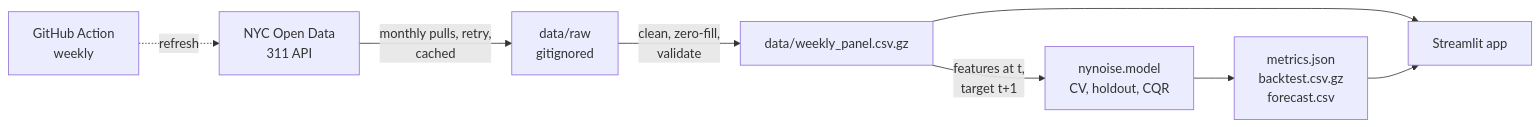
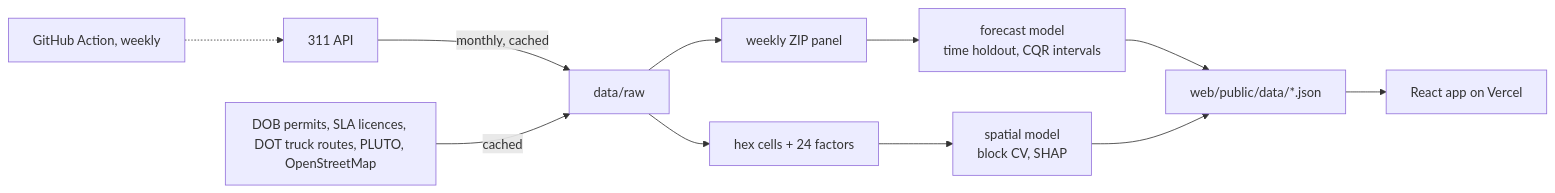
One commit to OrenSegal/ny-noise changed the diagram in Readme.md. Above: the diagram before and after it, drawn with Mermaid. The commit also changed other lines of this file and 55 other files, not shown here.

First line of the commit message:
Add spatial noise-driver model and immersive React + deck.gl app

````diff
--- a/Readme.md
+++ b/Readme.md
@@ -54,10 +52,13 @@
 ```mermaid
 flowchart LR
-    A[NYC Open Data<br/>311 API] -->|monthly pulls, retry,<br/>cached| B[data/raw<br/>gitignored]
-    B -->|clean, zero-fill,<br/>validate| C[data/weekly_panel.csv.gz]
-    C -->|features at t,<br/>target t+1| D[nynoise.model<br/>CV, holdout, CQR]
-    D --> E[metrics.json<br/>backtest.csv.gz<br/>forecast.csv]
-    C --> F[Streamlit app]
-    E --> F
-    G[GitHub Action<br/>weekly] -.refresh.-> A
+    A[311 API] -->|monthly, cached| B[data/raw]
+    S[DOB permits, SLA licences, DOT truck routes, PLUTO, OpenStreetMap] -->|cached| B
+    B --> C[weekly ZIP panel]
+    B --> H[hex cells + 24 factors]
+    C --> D[forecast model<br/>time holdout, CQR intervals]
+    H --> E[spatial model<br/>block CV, SHAP]
+    D --> J[web/public/data/*.json]
+    E --> J
+    J --> W[React app on Vercel]
+    G[GitHub Action, weekly] -.-> A
 ```
````
